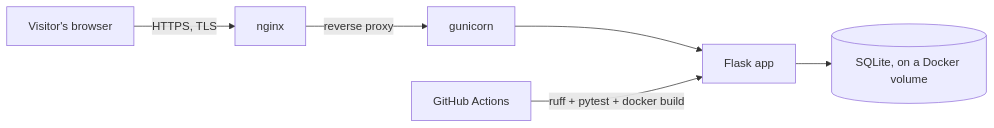
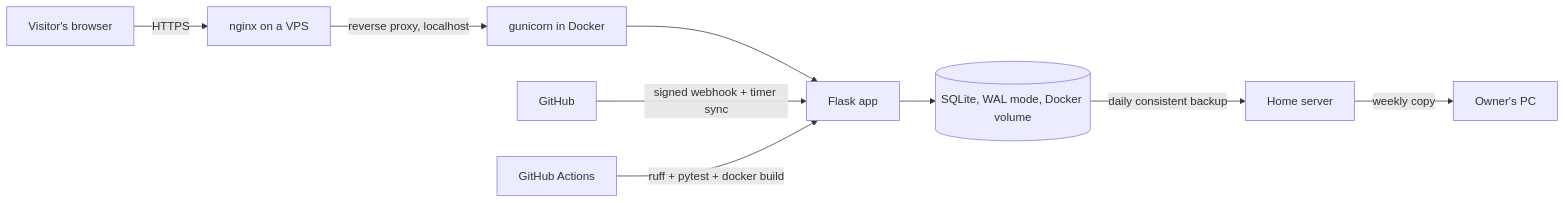
Before and after one commit to Itegin/pygodevops-guide-showcase: the diagram in README.md, drawn with Mermaid. The commit also changed other lines of this file and 1 other file, not shown here.

Commit message:
Showcase: current site (VPS, GitHub showcase, EN page), drop outdated home-server story

````diff
--- a/README.md
+++ b/README.md
@@ -48,8 +51,11 @@
 ```mermaid
 flowchart LR
-    U[Visitor's browser] -->|HTTPS, TLS| N[nginx]
-    N -->|reverse proxy| G[gunicorn]
+    U[Visitor's browser] -->|HTTPS| N[nginx on a VPS]
+    N -->|reverse proxy, localhost| G[gunicorn in Docker]
     G --> F[Flask app]
-    F --> DB[(SQLite, on a Docker volume)]
+    F --> DB[(SQLite, WAL mode, Docker volume)]
+    GH[GitHub] -->|signed webhook + timer sync| F
+    DB -->|daily consistent backup| H[Home server]
+    H -->|weekly copy| P[Owner's PC]
     CI[GitHub Actions] -->|ruff + pytest + docker build| F
 ```
````
